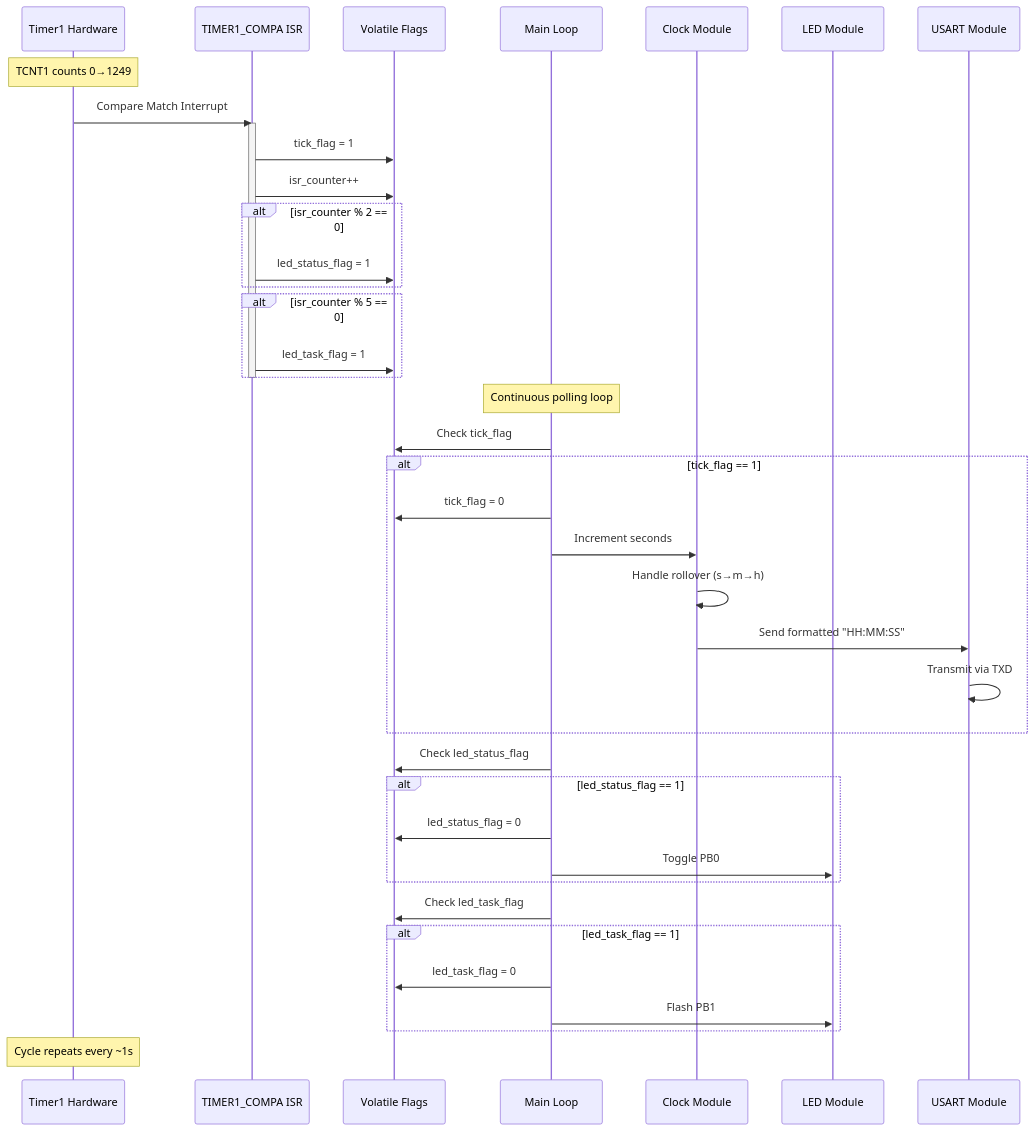
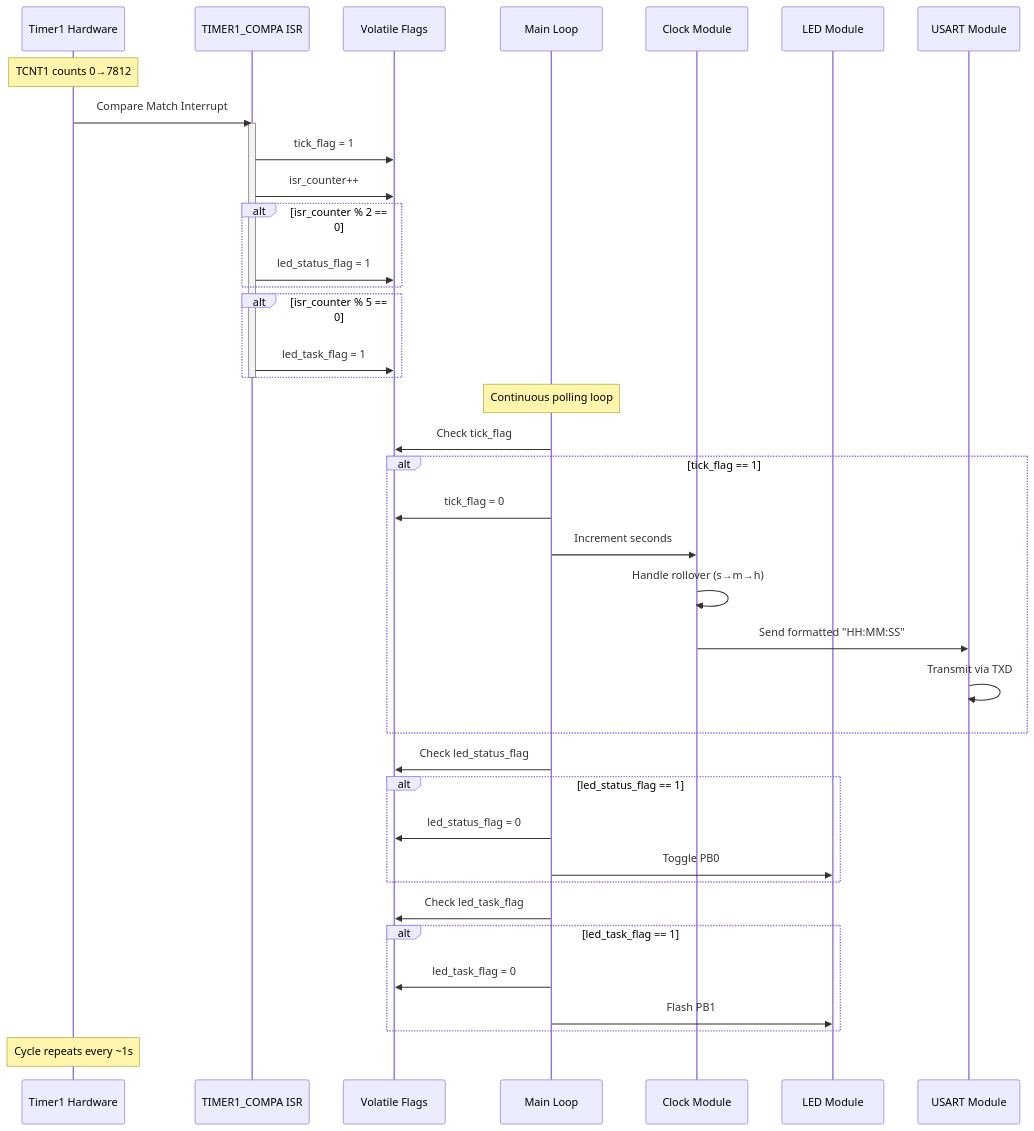
The fifth of 5 diagrams in documentation/block_diagram.md (chikotaraufu-netizen/ATmega32_Timer_Digital_Clock_Scheduler-), drawn with Mermaid before and after one commit. The commit also changed other lines of this file and 14 other files, not shown here.

Commit message:
Full project sync: firmware 1Hz/1024, README matches schematic, all docs consistent

````diff
--- a/documentation/block_diagram.md
+++ b/documentation/block_diagram.md
@@ -270,49 +270,49 @@
 ```mermaid
 sequenceDiagram
     participant T1 as Timer1 Hardware
     participant ISR as TIMER1_COMPA ISR
     participant FLAGS as Volatile Flags
     participant MAIN as Main Loop
     participant CLK as Clock Module
     participant LED as LED Module
     participant UART as USART Module
 
-    Note over T1: TCNT1 counts 0→1249
+    Note over T1: TCNT1 counts 0→7812
 
     T1->>ISR: Compare Match Interrupt
     activate ISR
     ISR->>FLAGS: tick_flag = 1
     ISR->>FLAGS: isr_counter++
     alt isr_counter % 2 == 0
         ISR->>FLAGS: led_status_flag = 1
     end
     alt isr_counter % 5 == 0
         ISR->>FLAGS: led_task_flag = 1
     end
     deactivate ISR
 
     Note over MAIN: Continuous polling loop
 
     MAIN->>FLAGS: Check tick_flag
     alt tick_flag == 1
         MAIN->>FLAGS: tick_flag = 0
         MAIN->>CLK: Increment seconds
         CLK->>CLK: Handle rollover (s→m→h)
         CLK->>UART: Send formatted "HH:MM:SS"
         UART->>UART: Transmit via TXD
     end
 
     MAIN->>FLAGS: Check led_status_flag
     alt led_status_flag == 1
         MAIN->>FLAGS: led_status_flag = 0
         MAIN->>LED: Toggle PB0
     end
 
     MAIN->>FLAGS: Check led_task_flag
     alt led_task_flag == 1
         MAIN->>FLAGS: led_task_flag = 0
         MAIN->>LED: Flash PB1
     end
 
     Note over T1: Cycle repeats every ~1s
 ```
````
